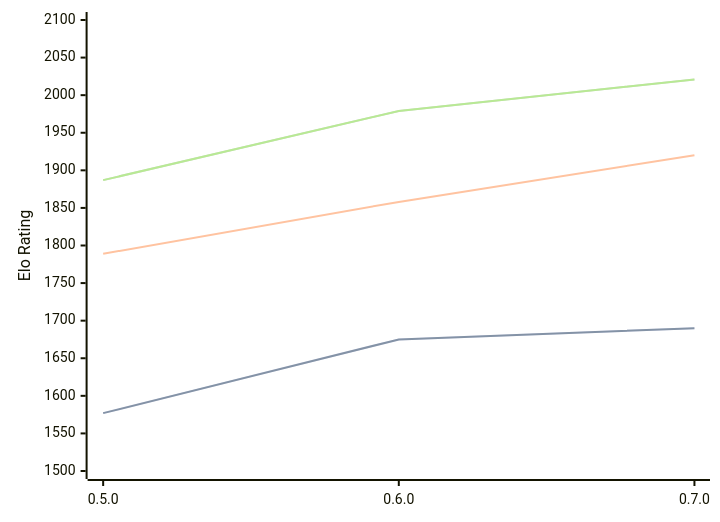
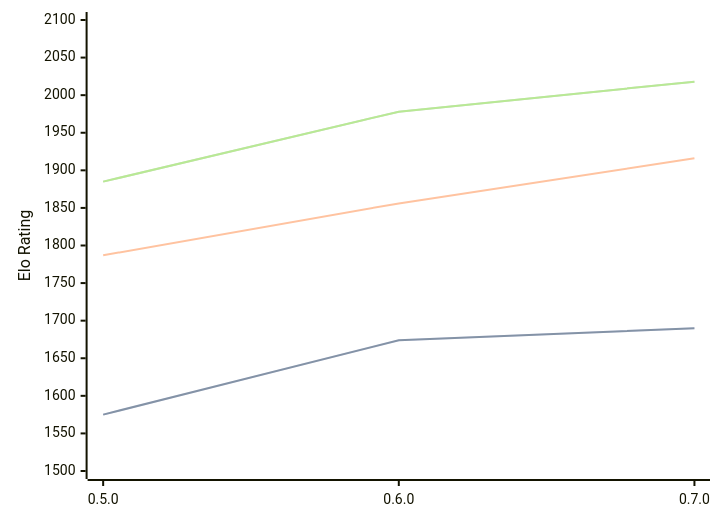
The diagram in engines/Chess-rs.md (computer-chess-index/cci), drawn with Mermaid before and after one commit. The commit also changed other lines of this file, not shown here.

Commit message:
Update CCI Ratings (ELO VLTC) - 2026-06-07

````diff
--- a/engines/Chess-rs.md
+++ b/engines/Chess-rs.md
@@ -41,11 +41,11 @@
 ```mermaid
 %%{init: {"theme":"base","themeVariables":{"seriesColors:['#a3a3a3','#222221','#faa371']}}}%%
 xychart-beta
   x-axis ["0.5.0", "0.6.0", "0.7.0"]
   y-axis "Elo Rating" 1500 --> 2100
-  line "STC (8.0+0.08s)" [1577, 1675, 1690]
-  line "STC (8.0+0.08s)" [1577, 1675, 1690]
-  line "LTC (60.0+0.60s)" [1789, 1858, 1920]
-  line "VLTC (2m24s+1.12s)" [1887, 1979, 2021]
-  line "VLTC (2m24s+1.12s)" [1887, 1979, 2021]
+  line "STC (8.0+0.08s)" [1575, 1674, 1690]
+  line "STC (8.0+0.08s)" [1575, 1674, 1690]
+  line "LTC (60.0+0.60s)" [1787, 1856, 1916]
+  line "VLTC (2m24s+1.12s)" [1885, 1978, 2018]
+  line "VLTC (2m24s+1.12s)" [1885, 1978, 2018]
 ```
````
